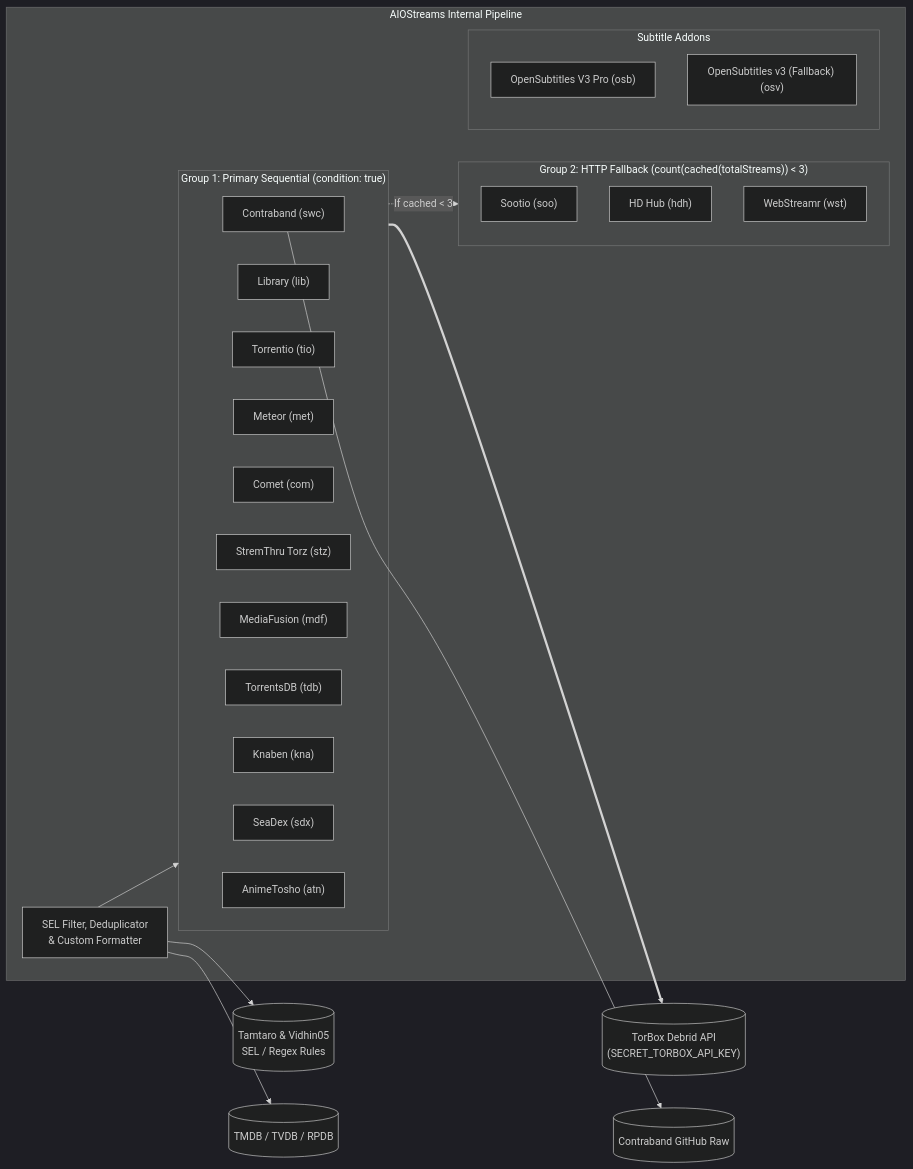
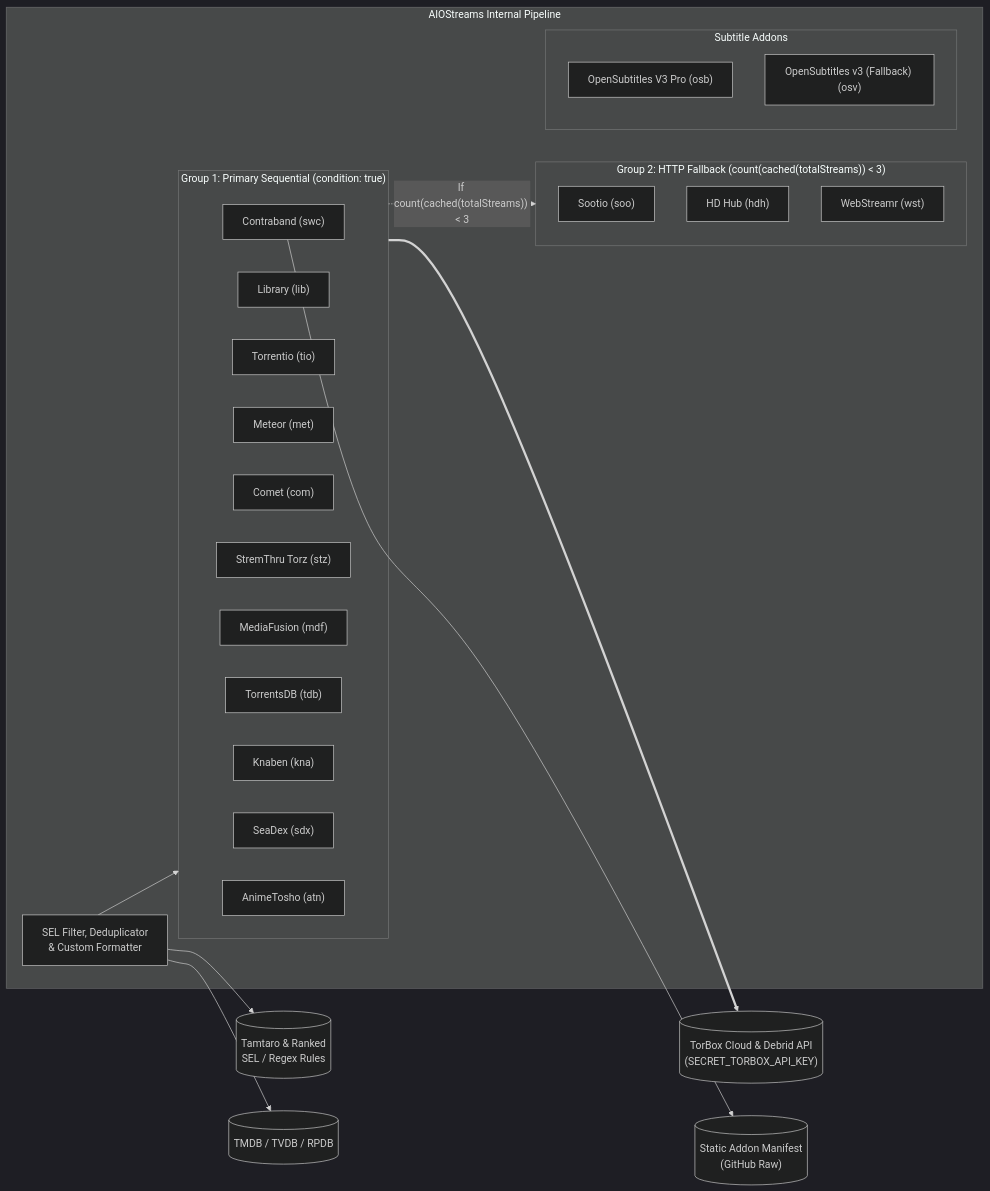
One commit to Darshan-AS/stream-weaver changed the second of 3 diagrams in ARCHITECTURE.md. Above: the diagram before and after it, drawn with Mermaid (dark theme). The commit also changed other lines of this file and 4 other files, not shown here.

Commit message:
refactor(architecture,services): Make LikeC4 topology and manifest refresh config-driven

````diff
--- a/ARCHITECTURE.md
+++ b/ARCHITECTURE.md
@@ -74,39 +74,39 @@
 ```mermaid
 flowchart LR
     subgraph AIOStreams["AIOStreams Internal Pipeline"]
         SEL["SEL Filter, Deduplicator\n& Custom Formatter"]
         subgraph G1["Group 1: Primary Sequential (condition: true)"]
             P_swc["Contraband (swc)"]
             P_lib["Library (lib)"]
             P_tio["Torrentio (tio)"]
             P_met["Meteor (met)"]
             P_com["Comet (com)"]
             P_stz["StremThru Torz (stz)"]
             P_mdf["MediaFusion (mdf)"]
             P_tdb["TorrentsDB (tdb)"]
             P_kna["Knaben (kna)"]
             P_sdx["SeaDex (sdx)"]
             P_atn["AnimeTosho (atn)"]
         end
         subgraph G2["Group 2: HTTP Fallback (count(cached(totalStreams)) < 3)"]
             P_soo["Sootio (soo)"]
             P_hdh["HD Hub (hdh)"]
             P_wst["WebStreamr (wst)"]
         end
         subgraph Subs["Subtitle Addons"]
             P_osb["OpenSubtitles V3 Pro (osb)"]
             P_osv["OpenSubtitles v3 (Fallback) (osv)"]
         end
     end
 
-    TB_EXT[("TorBox Debrid API\n(SECRET_TORBOX_API_KEY)")]
-    CB_EXT[("Contraband GitHub Raw")]
-    RULES_EXT[("Tamtaro & Vidhin05\nSEL / Regex Rules")]
+    DEB_EXT[("TorBox Cloud & Debrid API\n(SECRET_TORBOX_API_KEY)")]
+    CB_EXT[("Static Addon Manifest\n(GitHub Raw)")]
+    RULES_EXT[("Tamtaro & Ranked\nSEL / Regex Rules")]
     META_EXT[("TMDB / TVDB / RPDB")]
 
     SEL --> G1
-    G1 -. "If cached < 3" .-> G2
-    G1 ==> TB_EXT
+    G1 -. "If count(cached(totalStreams)) < 3" .-> G2
+    G1 ==> DEB_EXT
     P_swc --> CB_EXT
     SEL --> RULES_EXT & META_EXT
 ```
````
